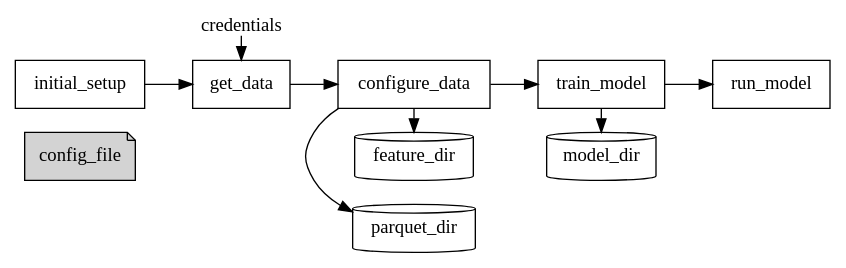
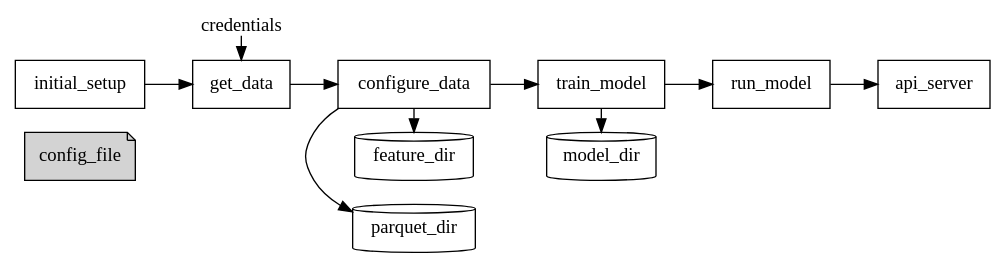
The diagram in riskthinking/twsample/doc/python_flow.dot (twongkee/pythondata), drawn with Graphviz before and after one commit. The commit also changed 2 other files, not shown here.

```diff
--- a/riskthinking/twsample/doc/python_flow.dot
+++ b/riskthinking/twsample/doc/python_flow.dot
@@ -1,38 +1,39 @@
 digraph G {
  fontname = "Handlee";
  node [shape=box, fontname = "Handlee"];
  edge [fontname = "Handlee"];
  rankdir="LR" ;
  config_file [shape=note, style=filled];
  initial_setup;
  get_data;
  configure_data;
  train_model;
  run_model;
+ api_server;
 
  credentials [shape=plain]
  parquet_dir [shape=cylinder]
  feature_dir [shape=cylinder]
  model_dir [shape=cylinder]
 
  
  {
   rank=same;
   credentials -> get_data;
  }
  {
   rank=same;
   train_model -> model_dir;
  }
 
  { 
   rank=same;
   configure_data -> parquet_dir;
  }
  { 
   rank=same;
   configure_data -> feature_dir;
  }
 
- initial_setup -> get_data -> configure_data -> train_model -> run_model
+ initial_setup -> get_data -> configure_data -> train_model -> run_model -> api_server
 }
```
